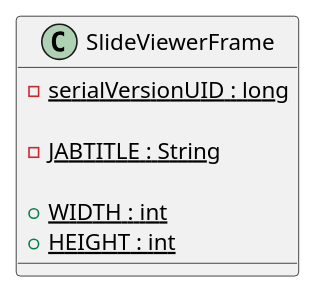
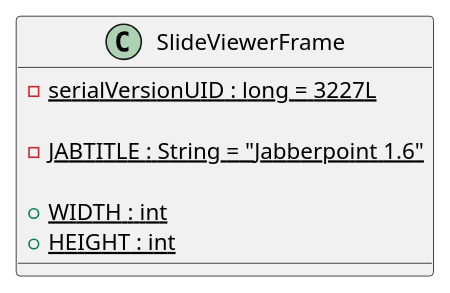
Before and after one commit to gabrielrtlima/diagramas-padroes-projeto: the diagram in classes/SlideViewerFrame.puml, drawn with PlantUML. The commit also changed 11 other files, not shown here.

```diff
--- a/classes/SlideViewerFrame.puml
+++ b/classes/SlideViewerFrame.puml
@@ -1,14 +1,14 @@
 @startuml SlideViewerFrame
 
 class SlideViewerFrame {
 
-  - {static} serialVersionUID : long
+  - {static} serialVersionUID : long = 3227L
 
-  - {static} JABTITLE : String
+  - {static} JABTITLE : String = "Jabberpoint 1.6"
 
   + {static} WIDTH : int
   + {static} HEIGHT : int
-  
+
 }
 
 @enduml
```
